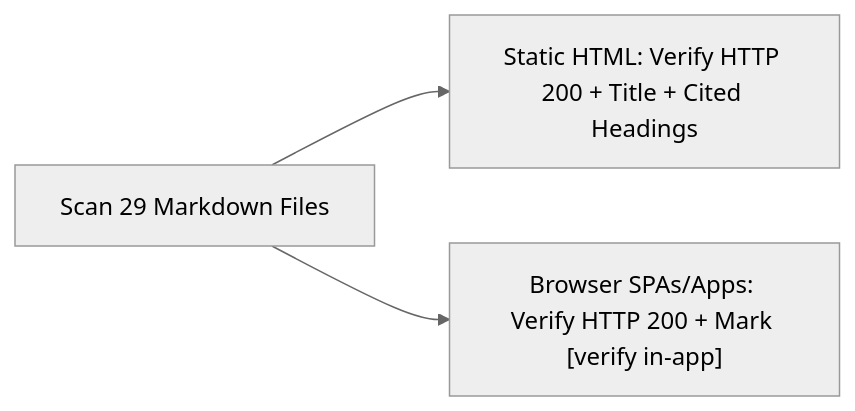
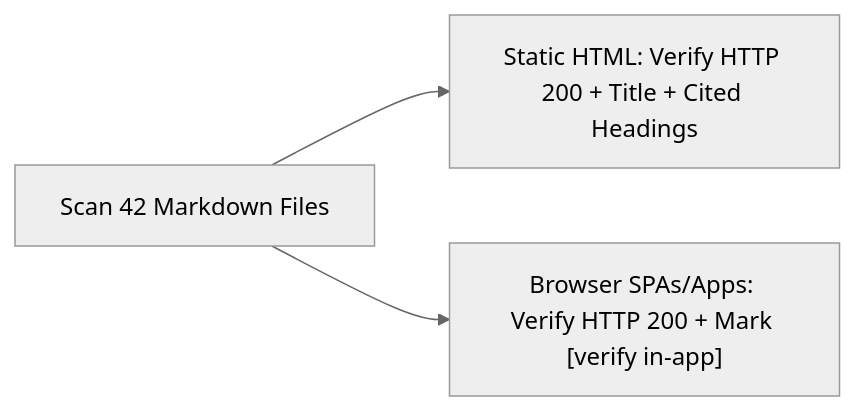
The diagram in LINK_REPORT.md (TLE47/Mechatronics-Roadmap), drawn with Mermaid (neutral theme) before and after one commit. The commit also changed other lines of this file and 58 other files, not shown here.

````diff
--- a/LINK_REPORT.md
+++ b/LINK_REPORT.md
@@ -5,5 +5,5 @@
 ```mermaid
 flowchart LR
-    Scan["Scan 29 Markdown Files"] --> Static["Static HTML: Verify HTTP 200 + Title + Cited Headings"]
+    Scan["Scan 42 Markdown Files"] --> Static["Static HTML: Verify HTTP 200 + Title + Cited Headings"]
     Scan --> SPA["Browser SPAs/Apps: Verify HTTP 200 + Mark [verify in-app]"]
 ```
````
